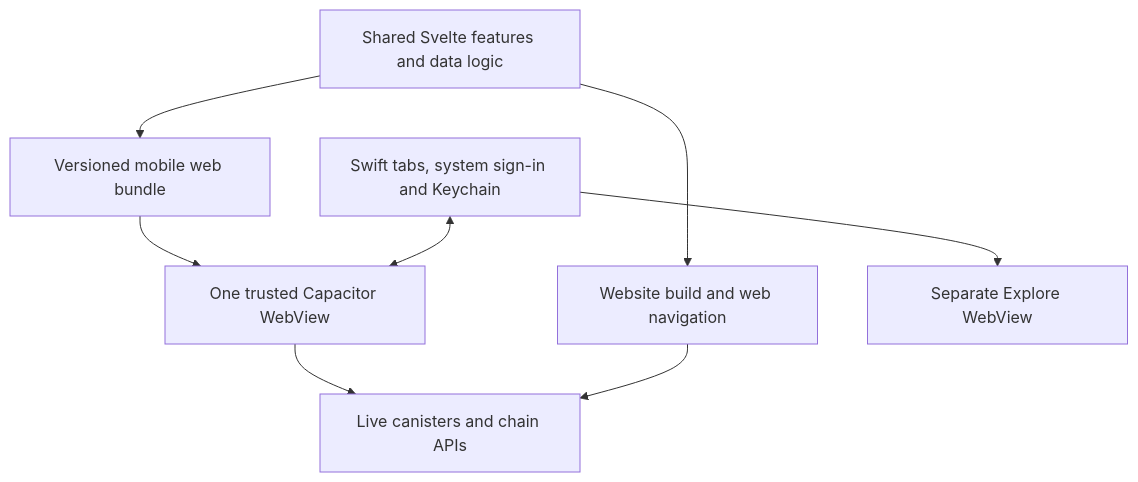
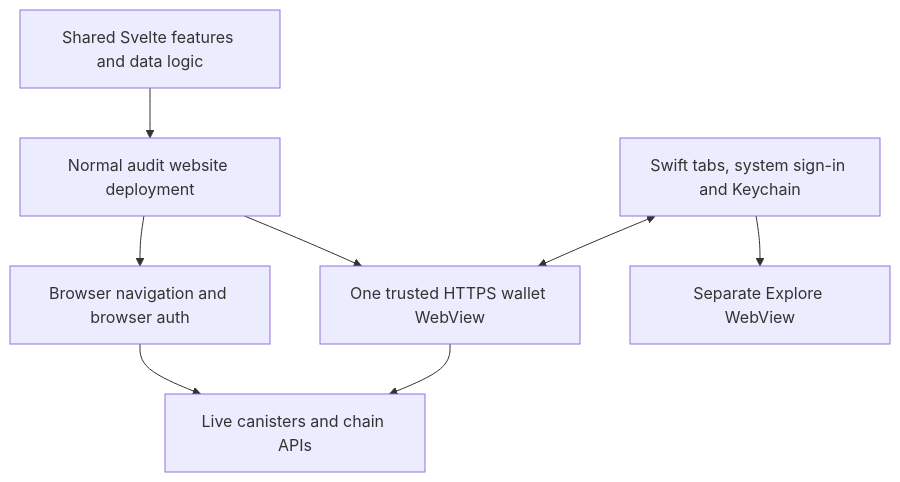
The diagram in mobile/capacitor/docs/shared-web-contract.md (dfinity/oisy-wallet), drawn with Mermaid before and after one commit. The commit also changed other lines of this file and 124 other files, not shown here.

First line of the commit message:
feat(mobile): load live wallet with SDK authentication

````diff
--- a/mobile/capacitor/docs/shared-web-contract.md
+++ b/mobile/capacitor/docs/shared-web-contract.md
@@ -16,10 +62,10 @@
 ```mermaid
 flowchart TD
-  Source[Shared Svelte features and data logic] --> Web[Website build and web navigation]
-  Source --> Bundle[Versioned mobile web bundle]
-  Bundle --> Wallet[One trusted Capacitor WebView]
+  Source[Shared Svelte features and data logic] --> Web[Normal audit website deployment]
+  Web --> Browser[Browser navigation and browser auth]
+  Web --> Wallet[One trusted HTTPS wallet WebView]
   Swift[Swift tabs, system sign-in and Keychain] <--> Wallet
   Swift --> Explore[Separate Explore WebView]
   Wallet --> Backend[Live canisters and chain APIs]
-  Web --> Backend
+  Browser --> Backend
 ```
````
